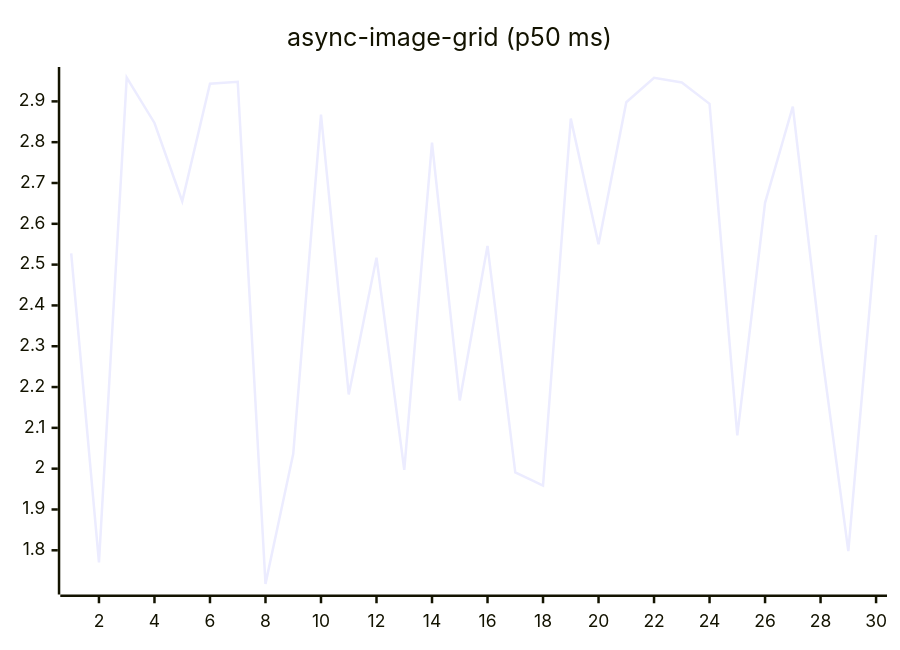
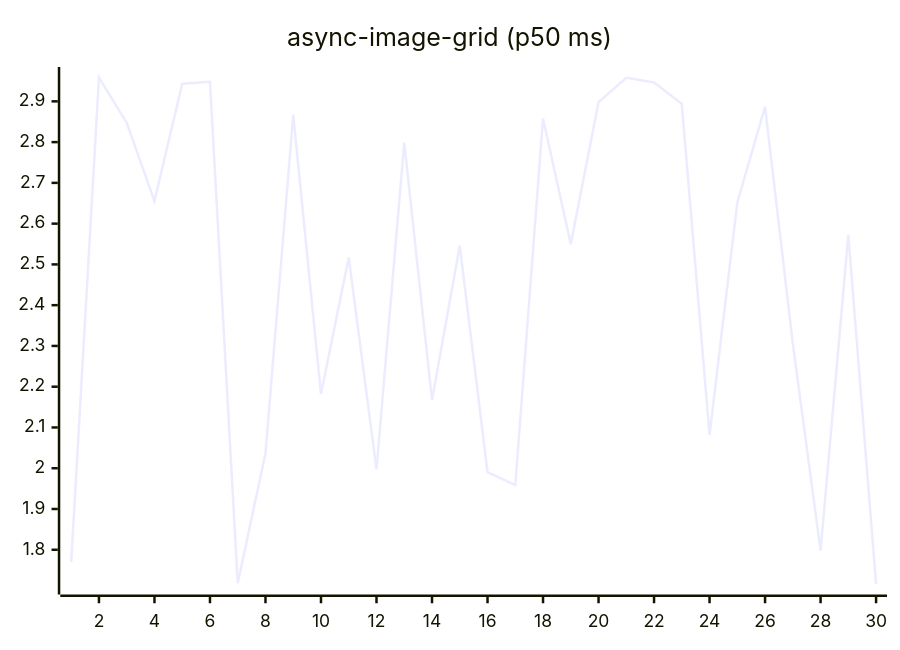
One commit to josha/Facet changed the fifth of 27 diagrams in README.md. Above: the diagram before and after it, drawn with Mermaid. The commit also changed other lines of this file and 2 other files, not shown here.

````diff
--- a/README.md
+++ b/README.md
@@ -91,6 +91,6 @@
 ```mermaid
 xychart-beta
     title "async-image-grid (p50 ms)"
     x-axis 1 --> 30
-    line [2.5277, 1.7701, 2.9582, 2.8471, 2.6552, 2.9433, 2.9481, 1.7177, 2.0365, 2.8674, 2.1819, 2.5171, 1.9970, 2.7988, 2.1671, 2.5459, 1.9906, 1.9586, 2.8577, 2.5497, 2.8980, 2.9576, 2.9463, 2.8940, 2.0815, 2.6515, 2.8871, 2.3060, 1.7979, 2.5726]
+    line [1.7701, 2.9582, 2.8471, 2.6552, 2.9433, 2.9481, 1.7177, 2.0365, 2.8674, 2.1819, 2.5171, 1.9970, 2.7988, 2.1671, 2.5459, 1.9906, 1.9586, 2.8577, 2.5497, 2.8980, 2.9576, 2.9463, 2.8940, 2.0815, 2.6515, 2.8871, 2.3060, 1.7979, 2.5726, 1.7163]
 ```
````
